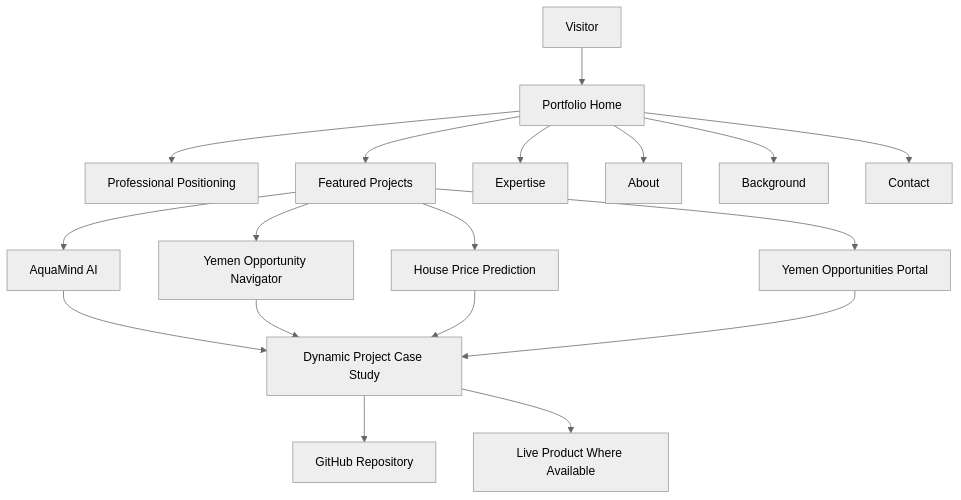
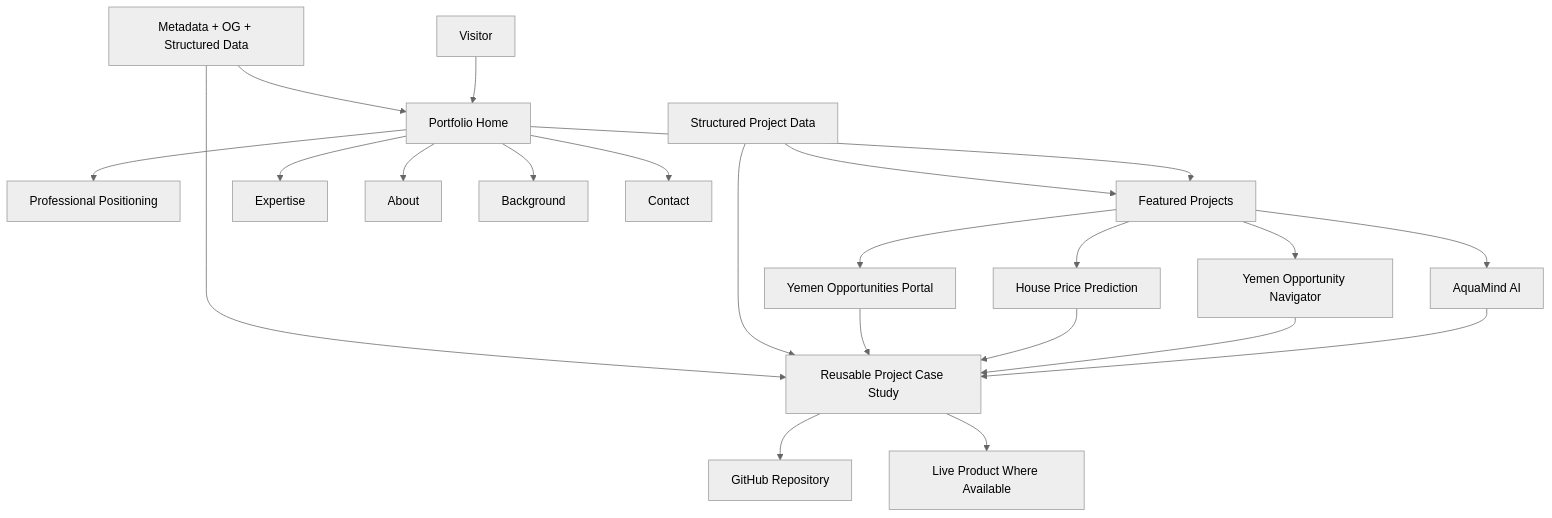
Before and after one commit to xmohamedtariq/Mohammed-Tariq-portfolio: the fourth of 4 diagrams in README.md, drawn with Mermaid (neutral theme). The commit also changed other lines of this file, not shown here.

````diff
--- a/README.md
+++ b/README.md
@@ -266,27 +342,31 @@
 ```mermaid
 flowchart TD
 
-    U["Visitor"]
-
-    U --> H["Portfolio Home"]
+    U["Visitor"] --> H["Portfolio Home"]
 
     H --> HERO["Professional Positioning"]
     H --> P["Featured Projects"]
     H --> EXP["Expertise"]
     H --> ABOUT["About"]
     H --> BG["Background"]
     H --> CONTACT["Contact"]
 
     P --> A["AquaMind AI"]
     P --> R["Yemen Opportunity Navigator"]
     P --> ML["House Price Prediction"]
     P --> W["Yemen Opportunities Portal"]
 
-    A --> CASE["Dynamic Project Case Study"]
+    A --> CASE["Reusable Project Case Study"]
     R --> CASE
     ML --> CASE
     W --> CASE
 
     CASE --> GH["GitHub Repository"]
     CASE --> LIVE["Live Product Where Available"]
+
+    DATA["Structured Project Data"] --> P
+    DATA --> CASE
+
+    SEO["Metadata + OG + Structured Data"] --> H
+    SEO --> CASE
 ```
````
